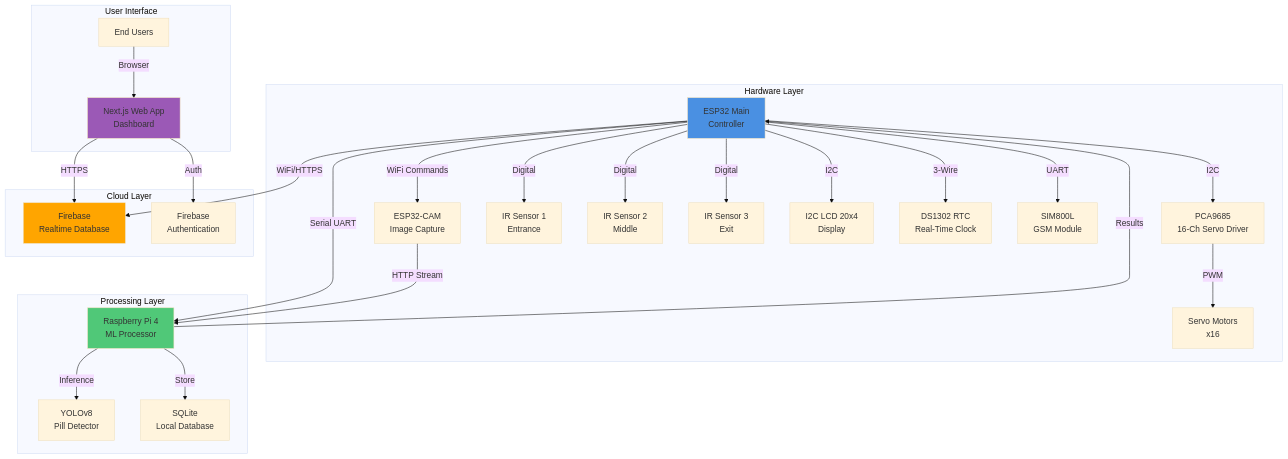
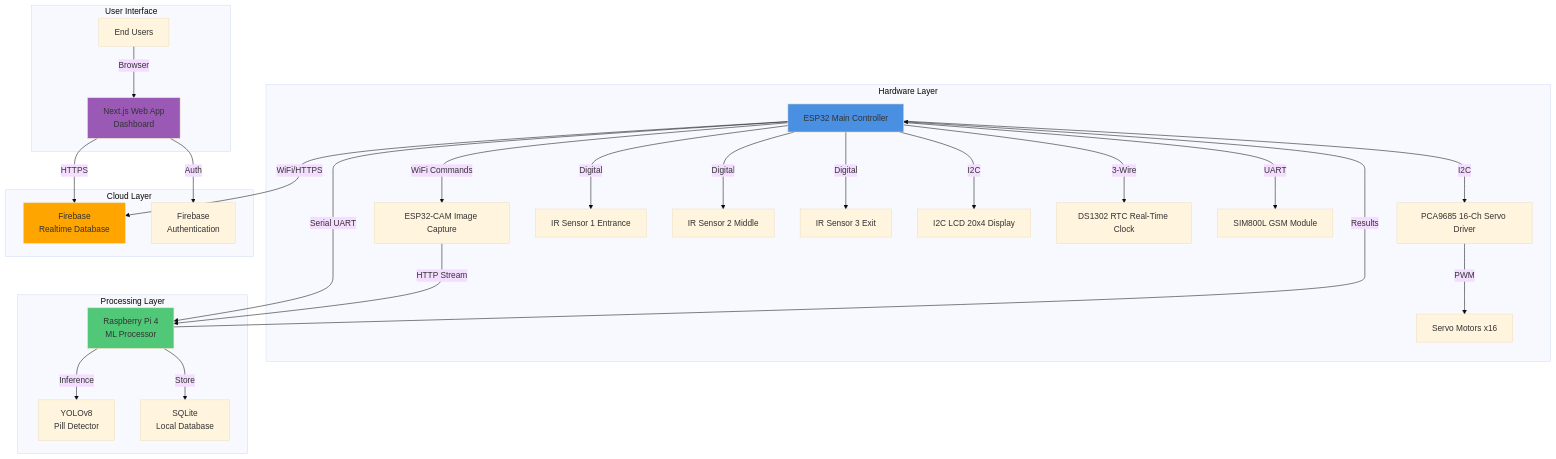
One commit to qppd/Pill-Dispenser-V3 changed the first of 17 diagrams in diagram/MERMAID_DIAGRAMS.md. Above: the diagram before and after it, drawn with Mermaid (base theme).

Commit message:
Added diagrams

````diff
--- a/diagram/MERMAID_DIAGRAMS.md
+++ b/diagram/MERMAID_DIAGRAMS.md
@@ -9,59 +9,59 @@
 ```mermaid
 graph TB
     subgraph "Hardware Layer"
-        ESP32[ESP32 Main<br/>Controller]
-        ESP32CAM[ESP32-CAM<br/>Image Capture]
-        SERVO[PCA9685<br/>16-Ch Servo Driver]
-        IR1[IR Sensor 1<br/>Entrance]
-        IR2[IR Sensor 2<br/>Middle]
-        IR3[IR Sensor 3<br/>Exit]
-        LCD[I2C LCD 20x4<br/>Display]
-        RTC[DS1302 RTC<br/>Real-Time Clock]
-        GSM[SIM800L<br/>GSM Module]
-        MOTORS[Servo Motors<br/>x16]
+        ESP32[ESP32 Main Controller]
+        ESP32CAM[ESP32-CAM Image Capture]
+        SERVO[PCA9685 16-Ch Servo Driver]
+        IR1[IR Sensor 1 Entrance]
+        IR2[IR Sensor 2 Middle]
+        IR3[IR Sensor 3 Exit]
+        LCD[I2C LCD 20x4 Display]
+        RTC[DS1302 RTC Real-Time Clock]
+        GSM[SIM800L GSM Module]
+        MOTORS[Servo Motors x16]
     end
     
     subgraph "Processing Layer"
         RPI[Raspberry Pi 4<br/>ML Processor]
         YOLO[YOLOv8<br/>Pill Detector]
         DB_LOCAL[SQLite<br/>Local Database]
     end
     
     subgraph "Cloud Layer"
         FIREBASE[Firebase<br/>Realtime Database]
         AUTH[Firebase<br/>Authentication]
     end
     
     subgraph "User Interface"
         WEB[Next.js Web App<br/>Dashboard]
         USER[End Users]
     end
     
     ESP32 -->|I2C| SERVO
     ESP32 -->|Digital| IR1
     ESP32 -->|Digital| IR2
     ESP32 -->|Digital| IR3
     ESP32 -->|I2C| LCD
     ESP32 -->|3-Wire| RTC
     ESP32 -->|UART| GSM
     ESP32 -->|Serial UART| RPI
     ESP32 -->|WiFi Commands| ESP32CAM
     
     SERVO -->|PWM| MOTORS
     
     ESP32CAM -->|HTTP Stream| RPI
     RPI -->|Inference| YOLO
     RPI -->|Store| DB_LOCAL
     RPI -->|Results| ESP32
     
     ESP32 -->|WiFi/HTTPS| FIREBASE
     WEB -->|HTTPS| FIREBASE
     WEB -->|Auth| AUTH
     
     USER -->|Browser| WEB
     
     style ESP32 fill:#4A90E2
     style RPI fill:#50C878
     style FIREBASE fill:#FFA500
     style WEB fill:#9B59B6
 ```
````
